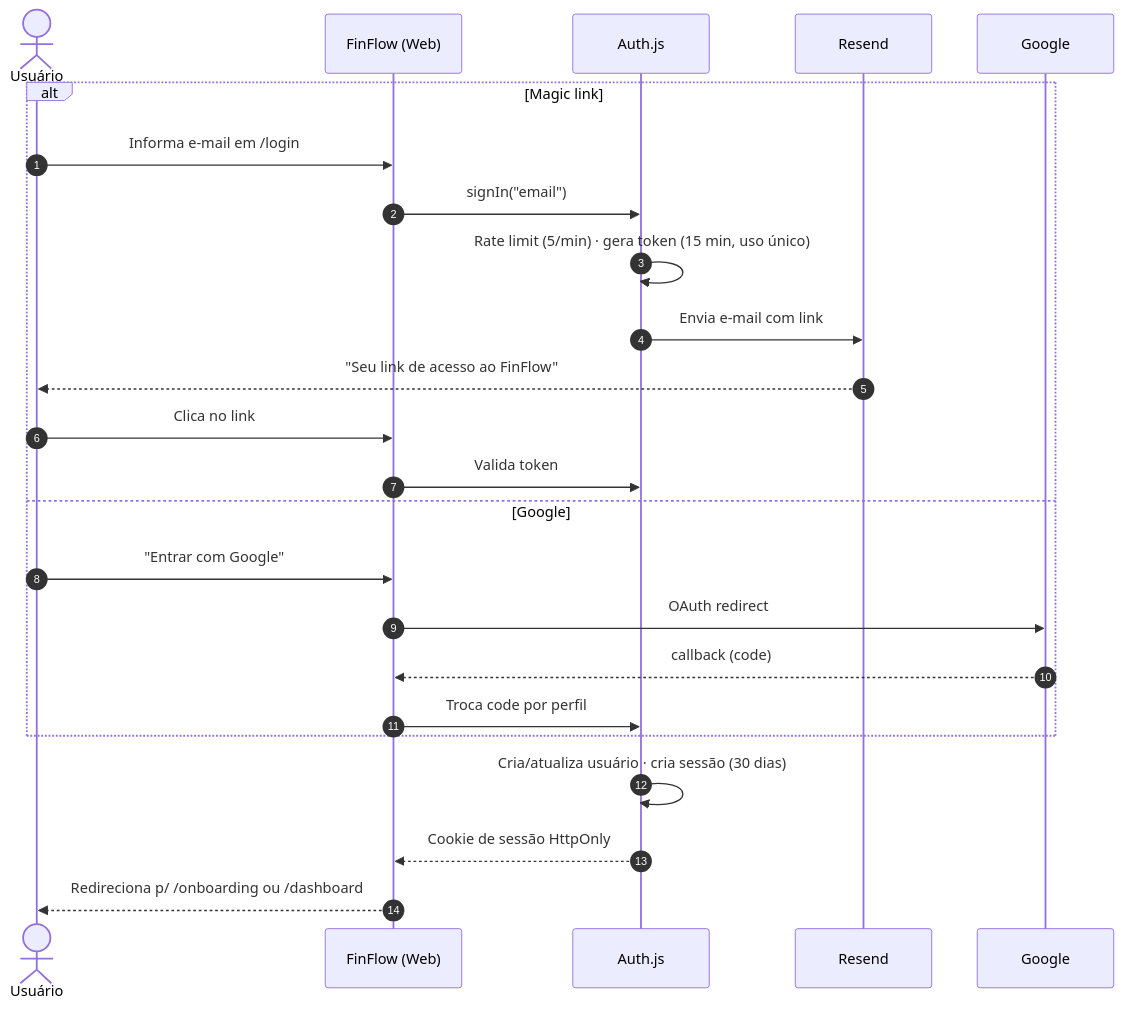
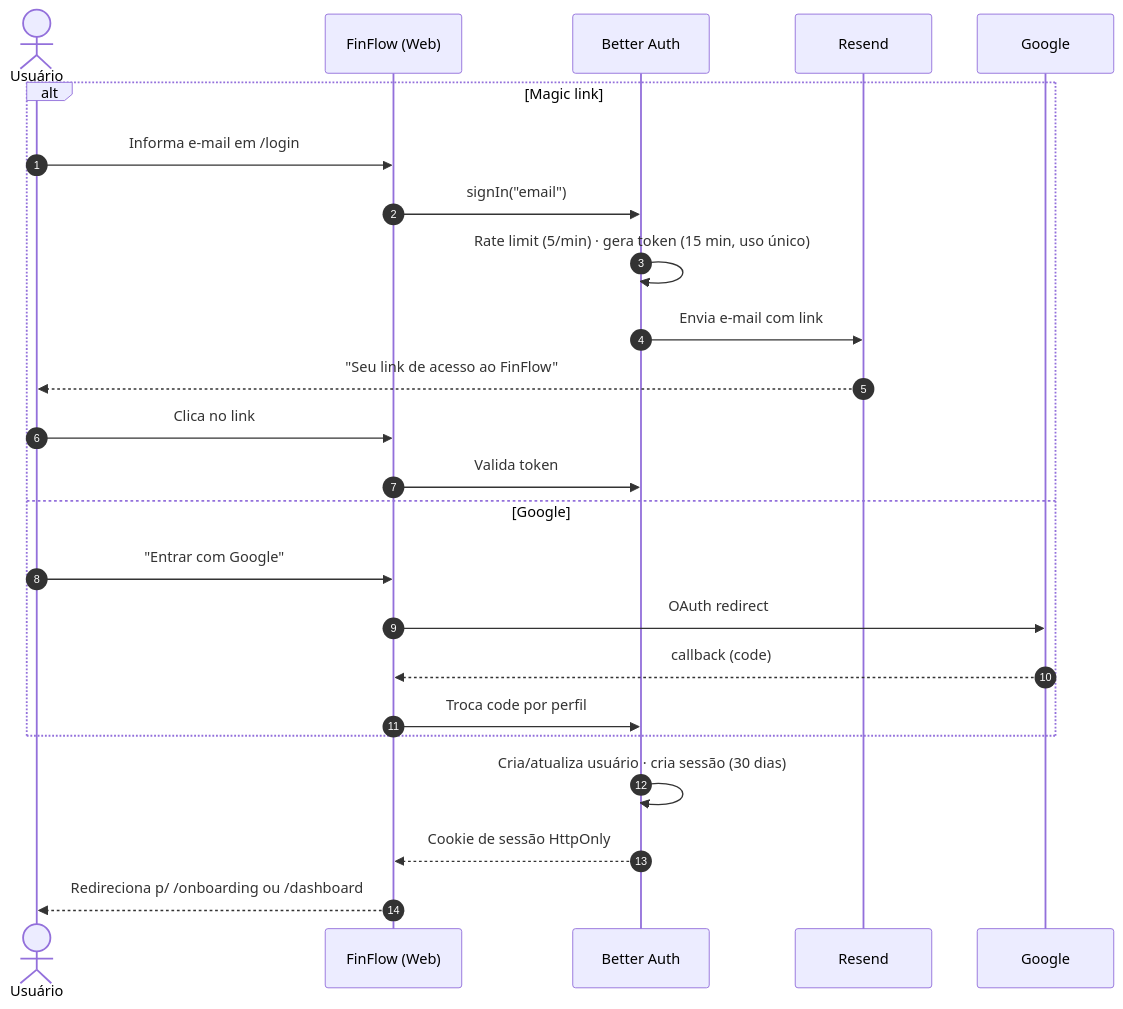
The fourth of 16 diagrams in docs/FLOW_MAP.md (77mdias/finflow), drawn with Mermaid before and after one commit. The commit also changed other lines of this file and 12 other files, not shown here.

First line of the commit message:
docs: add software architecture, database model, API spec and integrations

````diff
--- a/docs/FLOW_MAP.md
+++ b/docs/FLOW_MAP.md
@@ -111,27 +111,27 @@
 ```mermaid
 sequenceDiagram
     autonumber
     actor U as Usuário
     participant W as FinFlow (Web)
-    participant A as Auth.js
+    participant A as Better Auth
     participant E as Resend
     participant G as Google
 
     alt Magic link
         U->>W: Informa e-mail em /login
         W->>A: signIn("email")
         A->>A: Rate limit (5/min) · gera token (15 min, uso único)
         A->>E: Envia e-mail com link
         E-->>U: "Seu link de acesso ao FinFlow"
         U->>W: Clica no link
         W->>A: Valida token
     else Google
         U->>W: "Entrar com Google"
         W->>G: OAuth redirect
         G-->>W: callback (code)
         W->>A: Troca code por perfil
     end
     A->>A: Cria/atualiza usuário · cria sessão (30 dias)
     A-->>W: Cookie de sessão HttpOnly
     W-->>U: Redireciona p/ /onboarding ou /dashboard
 ```
````
